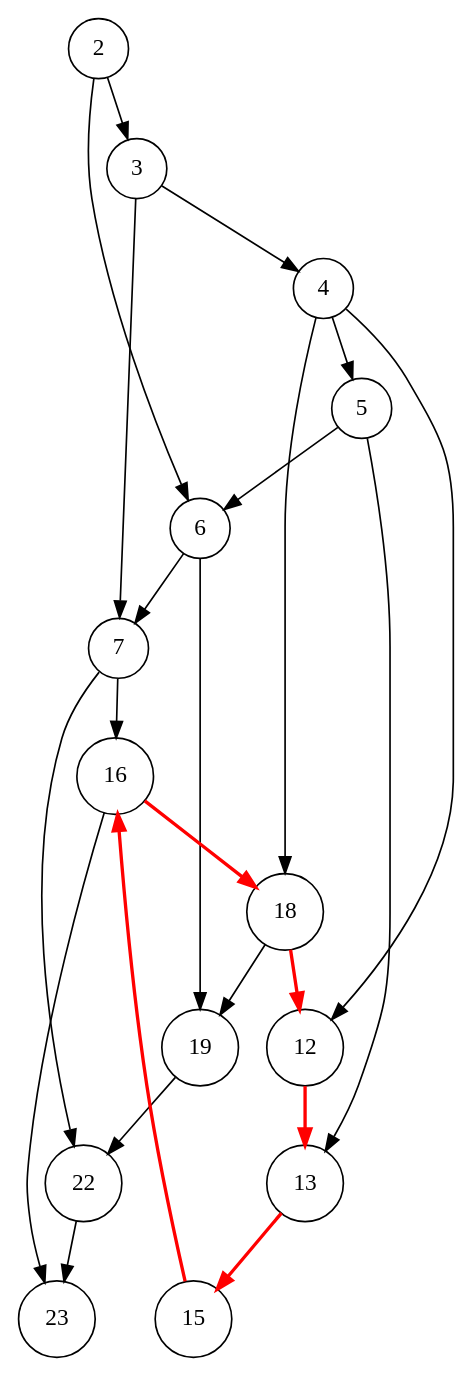
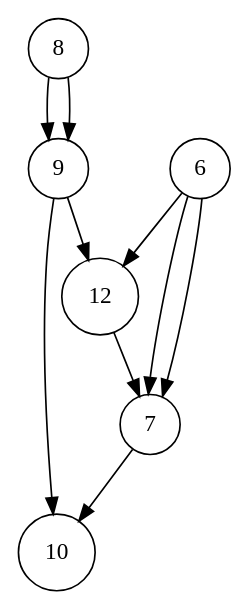
The diagram in execution_1.dot (gintskk/execution-log-parser), drawn with Graphviz before and after one commit. The commit also changed 19 other files, not shown here.

```diff
--- a/execution_1.dot
+++ b/execution_1.dot
@@ -1,26 +1,12 @@
 digraph execution {
   node [shape=circle];
-  19 -> 22;
-  13 -> 15 [color=red, penwidth=2.0];
-  22 -> 23;
+  12 -> 7;
+  7 -> 10;
   6 -> 7;
-  6 -> 19;
-  3 -> 4;
-  3 -> 7;
-  2 -> 3;
-  2 -> 6;
-  12 -> 13 [color=red, penwidth=2.0];
-  7 -> 22;
-  7 -> 16;
-  18 -> 19;
-  18 -> 12 [color=red, penwidth=2.0];
-  5 -> 6;
-  5 -> 13;
-  16 -> 18 [color=red, penwidth=2.0];
-  16 -> 23;
-  4 -> 5;
-  4 -> 18;
-  4 -> 12;
-  15 -> 16 [color=red, penwidth=2.0];
-  {node [style=filled, fillcolor=lightpink] 12 13 15 16 18 12 }
+  6 -> 12;
+  6 -> 7;
+  9 -> 12;
+  9 -> 10;
+  8 -> 9;
+  8 -> 9;
 }
```
